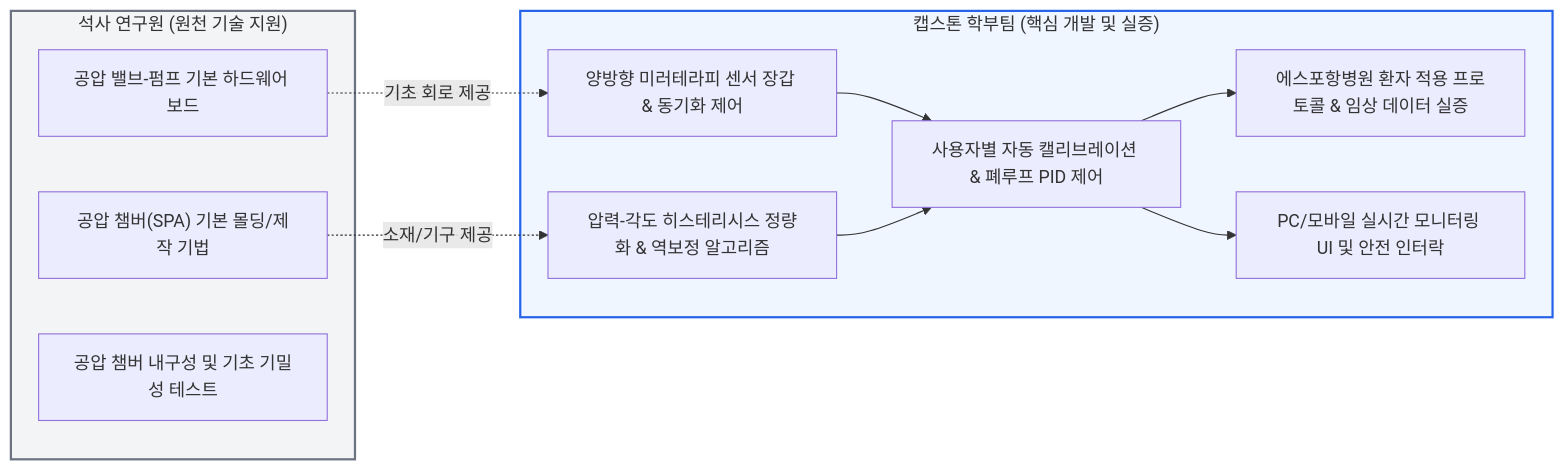
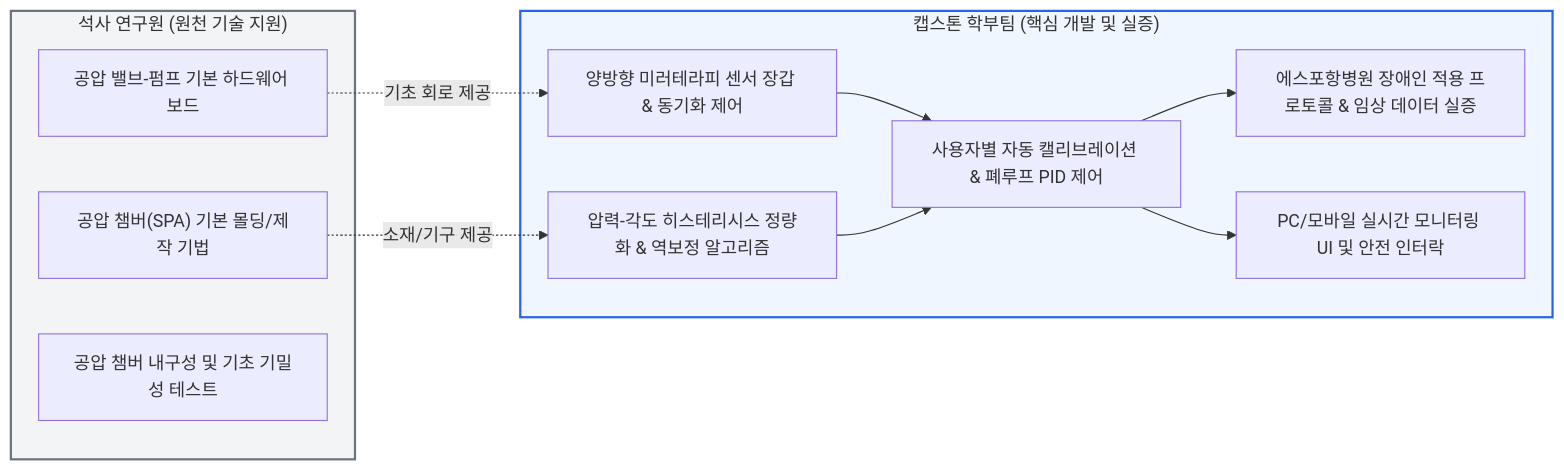
One commit to passtock/casstone changed the second of 4 diagrams in capstone/01_참고자료_및_논문/02_용어_및_연구분석/2026.08.14_공압장갑_논문_및_연구정리.md. Above: the diagram before and after it, drawn with Mermaid. The commit also changed other lines of this file and 728 other files, not shown here.

````diff
--- a/capstone/01_참고자료_및_논문/02_용어_및_연구분석/2026.08.14_공압장갑_논문_및_연구정리.md
+++ b/capstone/01_참고자료_및_논문/02_용어_및_연구분석/2026.08.14_공압장갑_논문_및_연구정리.md
@@ -116,26 +116,26 @@
 ```mermaid
 flowchart LR
     subgraph MASTER_SCOPE ["석사 연구원 (원천 기술 지원)"]
         M1["공압 챔버(SPA) 기본 몰딩/제작 기법"]
         M2["공압 밸브-펌프 기본 하드웨어 보드"]
         M3["공압 챔버 내구성 및 기초 기밀성 테스트"]
     end
 
     subgraph CAPSTONE_SCOPE ["캡스톤 학부팀 (핵심 개발 및 실증)"]
         C1["양방향 미러테라피 센서 장갑 & 동기화 제어"]
         C2["압력-각도 히스테리시스 정량화 & 역보정 알고리즘"]
         C3["사용자별 자동 캘리브레이션 & 폐루프 PID 제어"]
-        C4["에스포항병원 환자 적용 프로토콜 & 임상 데이터 실증"]
+        C4["에스포항병원 장애인 적용 프로토콜 & 임상 데이터 실증"]
         C5["PC/모바일 실시간 모니터링 UI 및 안전 인터락"]
     end
 
     M1 -.소재/기구 제공.-> C2
     M2 -.기초 회로 제공.-> C1
     C1 --> C3
     C2 --> C3
     C3 --> C4
     C3 --> C5
 
     style MASTER_SCOPE fill:#f3f4f6,stroke:#6b7280,stroke-width:2px
     style CAPSTONE_SCOPE fill:#eff6ff,stroke:#2563eb,stroke-width:2px
 ```
````
